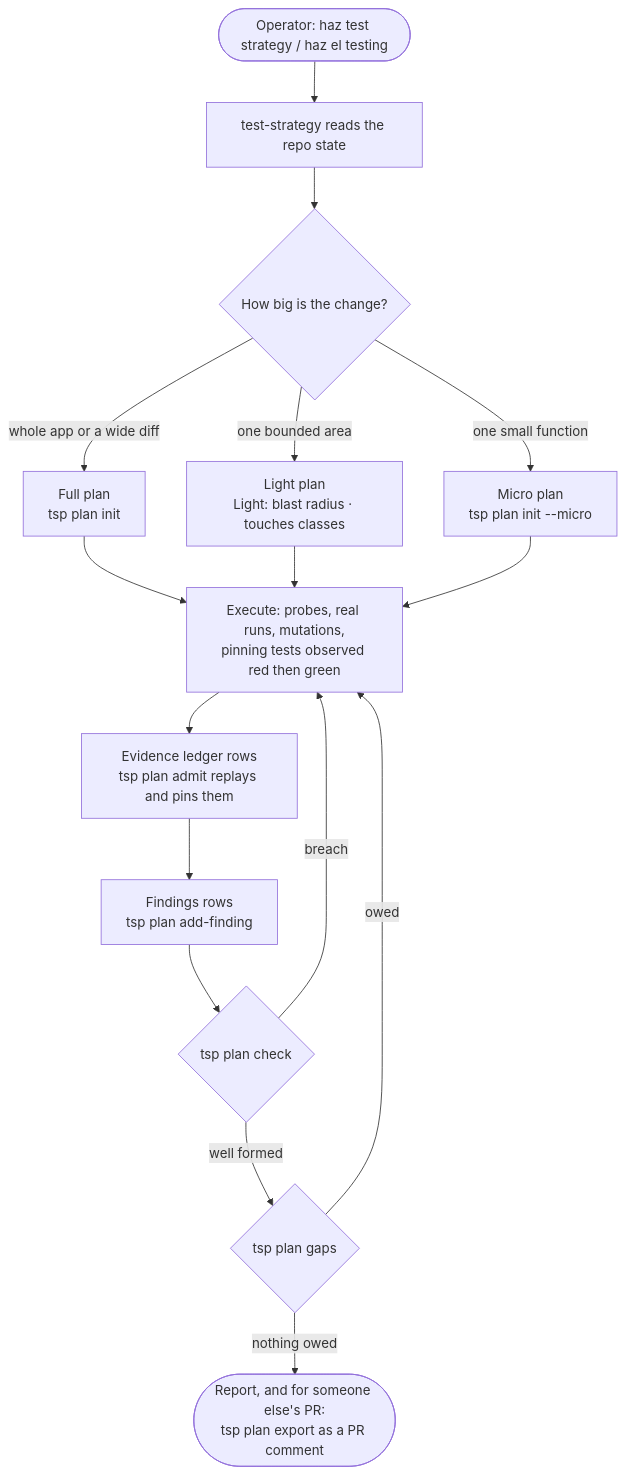
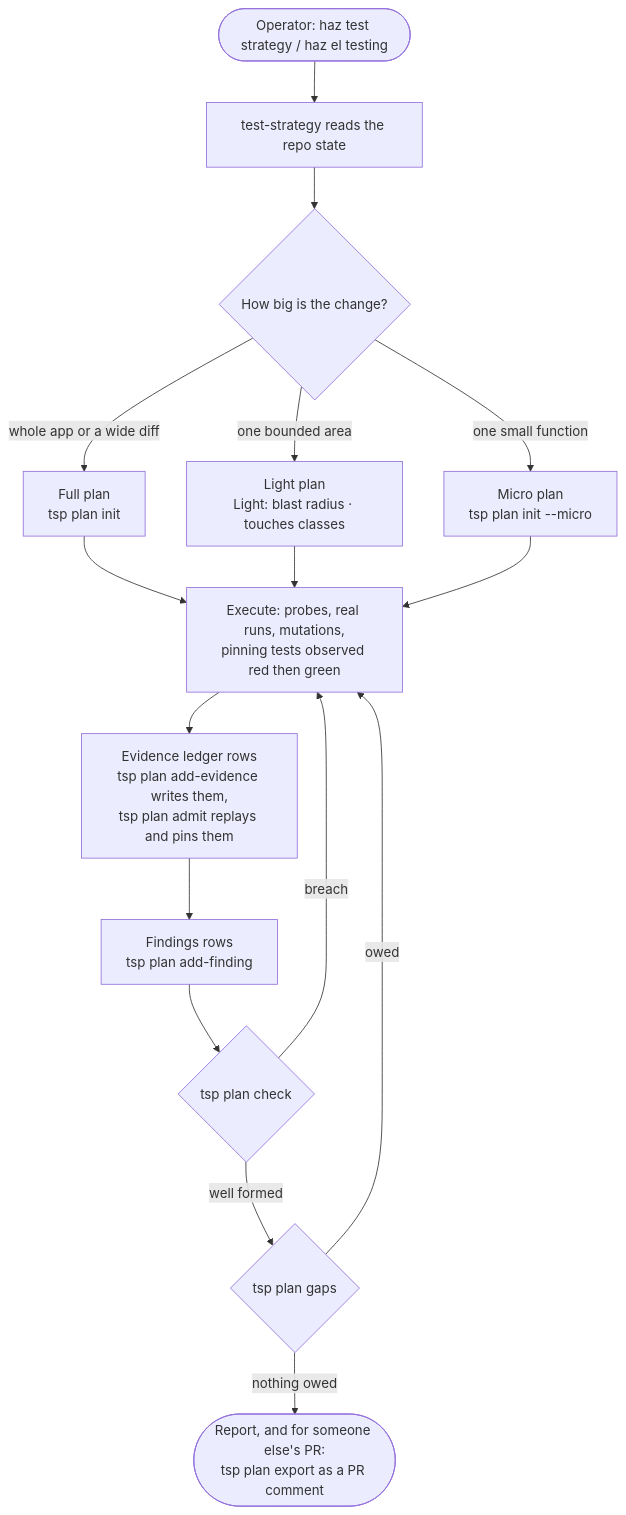
Before and after one commit to alesierraalta/tpp: the third of 4 diagrams in README.md, drawn with Mermaid. The commit also changed other lines of this file and 7 other files, not shown here.

First line of the commit message:
feat(plan): add-evidence writes one Evidence ledger row from flags

````diff
--- a/README.md
+++ b/README.md
@@ -93,18 +93,18 @@
 ```mermaid
 flowchart TD
     ask([Operator: haz test strategy / haz el testing]) --> strategy[test-strategy reads the repo state]
     strategy --> size{How big is the change?}
     size -- "whole app or a wide diff" --> full[Full plan<br/>tsp plan init]
     size -- "one bounded area" --> light[Light plan<br/>Light: blast radius · touches classes]
     size -- "one small function" --> micro[Micro plan<br/>tsp plan init --micro]
     full --> execute
     light --> execute
     micro --> execute
-    execute[Execute: probes, real runs, mutations,<br/>pinning tests observed red then green] --> ledger[Evidence ledger rows<br/>tsp plan admit replays and pins them]
+    execute[Execute: probes, real runs, mutations,<br/>pinning tests observed red then green] --> ledger[Evidence ledger rows<br/>tsp plan add-evidence writes them,<br/>tsp plan admit replays and pins them]
     ledger --> findings[Findings rows<br/>tsp plan add-finding]
     findings --> check{tsp plan check}
     check -- breach --> execute
     check -- well formed --> gaps{tsp plan gaps}
     gaps -- owed --> execute
     gaps -- nothing owed --> close([Report, and for someone else's PR:<br/>tsp plan export as a PR comment])
 ```
````
